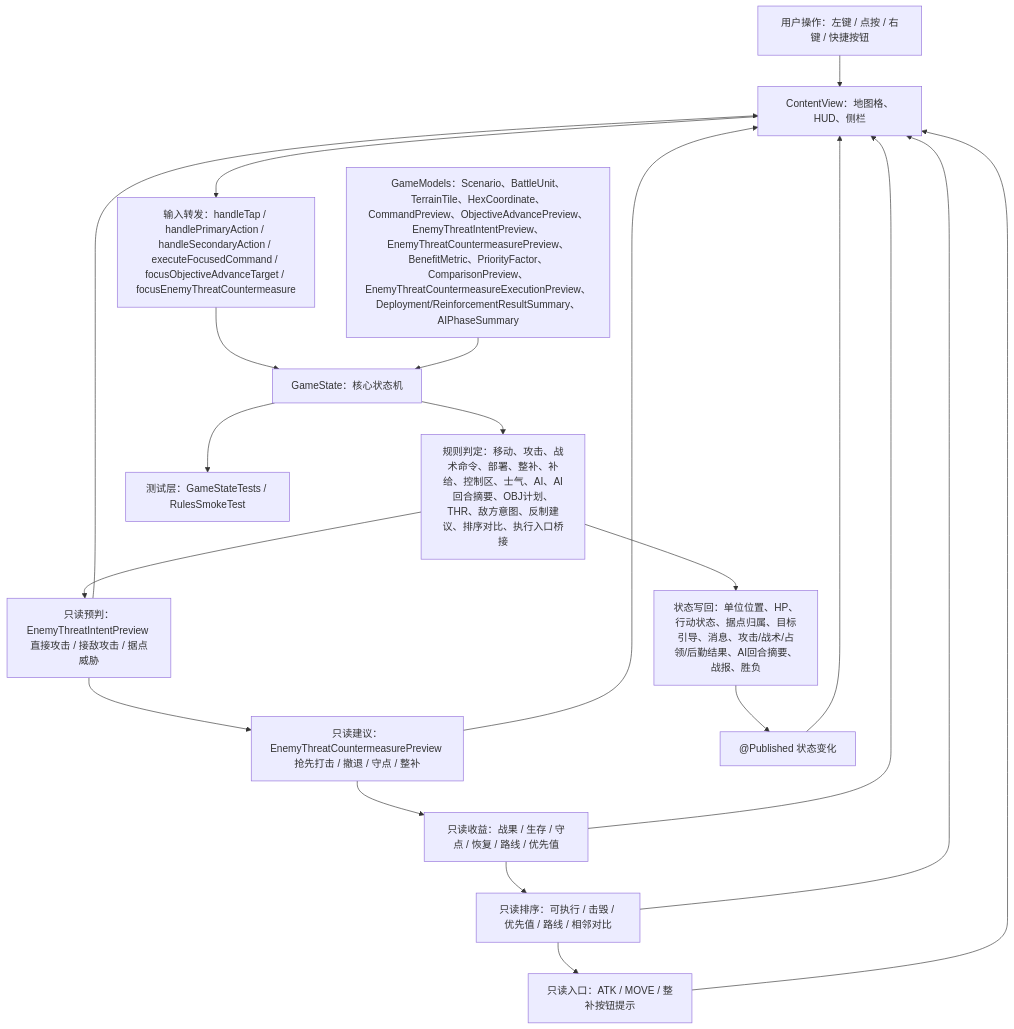
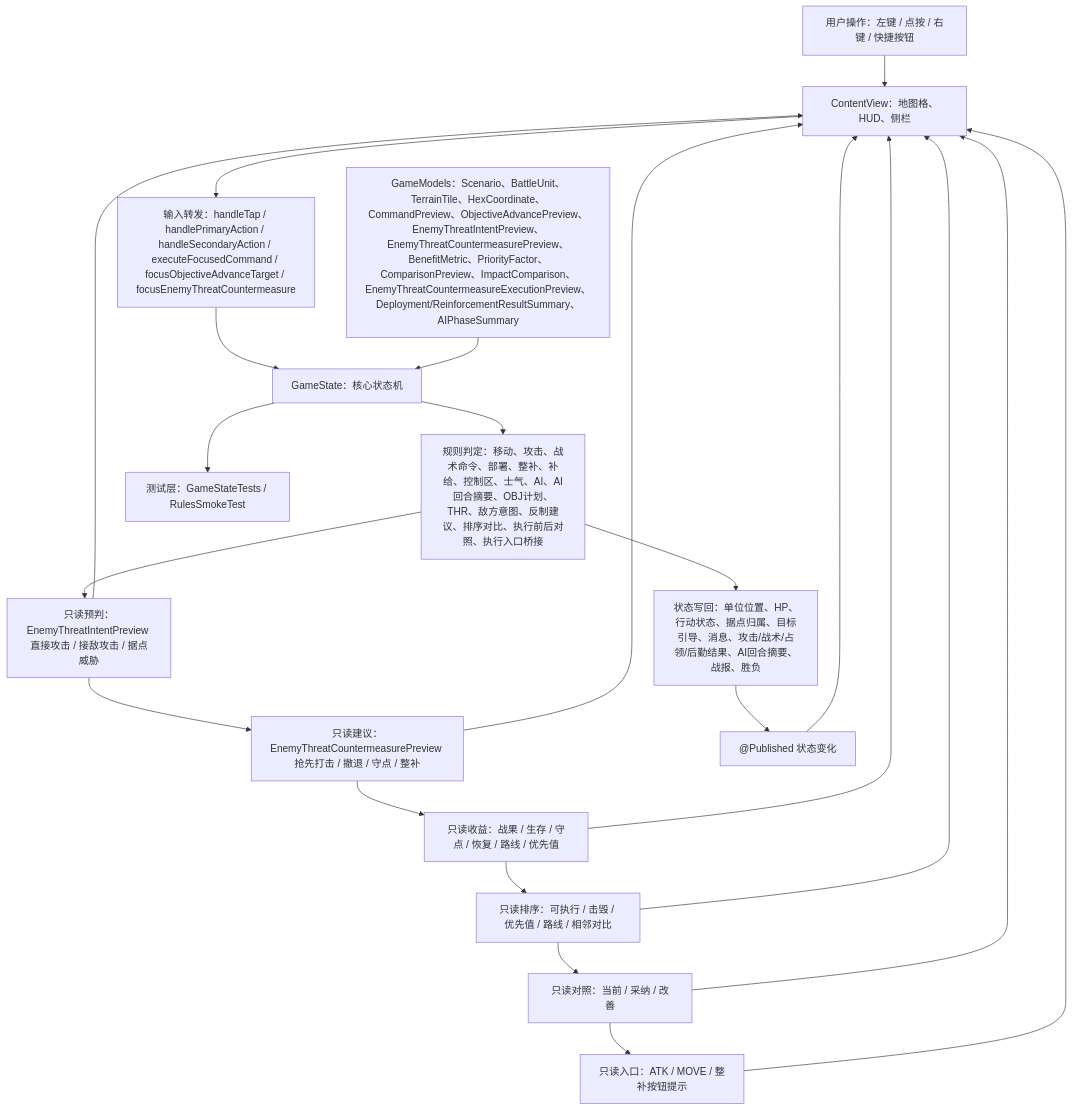
One commit to Altman-sam114/116 changed the first of 5 diagrams in md/flow/flowchart.md. Above: the diagram before and after it, drawn with Mermaid. The commit also changed other lines of this file and 10 other files, not shown here.

````diff
--- a/md/flow/flowchart.md
+++ b/md/flow/flowchart.md
@@ -9,22 +9,24 @@
 ```mermaid
 flowchart TD
   U["用户操作：左键 / 点按 / 右键 / 快捷按钮"] --> V["ContentView：地图格、HUD、侧栏"]
   V --> I["输入转发：handleTap / handlePrimaryAction / handleSecondaryAction / executeFocusedCommand / focusObjectiveAdvanceTarget / focusEnemyThreatCountermeasure"]
   I --> S["GameState：核心状态机"]
-  M["GameModels：Scenario、BattleUnit、TerrainTile、HexCoordinate、CommandPreview、ObjectiveAdvancePreview、EnemyThreatIntentPreview、EnemyThreatCountermeasurePreview、BenefitMetric、PriorityFactor、ComparisonPreview、EnemyThreatCountermeasureExecutionPreview、Deployment/ReinforcementResultSummary、AIPhaseSummary"] --> S
-  S --> R["规则判定：移动、攻击、战术命令、部署、整补、补给、控制区、士气、AI、AI回合摘要、OBJ计划、THR、敌方意图、反制建议、排序对比、执行入口桥接"]
+  M["GameModels：Scenario、BattleUnit、TerrainTile、HexCoordinate、CommandPreview、ObjectiveAdvancePreview、EnemyThreatIntentPreview、EnemyThreatCountermeasurePreview、BenefitMetric、PriorityFactor、ComparisonPreview、ImpactComparison、EnemyThreatCountermeasureExecutionPreview、Deployment/ReinforcementResultSummary、AIPhaseSummary"] --> S
+  S --> R["规则判定：移动、攻击、战术命令、部署、整补、补给、控制区、士气、AI、AI回合摘要、OBJ计划、THR、敌方意图、反制建议、排序对比、执行前后对照、执行入口桥接"]
   R --> W["状态写回：单位位置、HP、行动状态、据点归属、目标引导、消息、攻击/战术/占领/后勤结果、AI回合摘要、战报、胜负"]
   R --> EI["只读预判：EnemyThreatIntentPreview 直接攻击 / 接敌攻击 / 据点威胁"]
   EI --> EC["只读建议：EnemyThreatCountermeasurePreview 抢先打击 / 撤退 / 守点 / 整补"]
   EC --> BM["只读收益：战果 / 生存 / 守点 / 恢复 / 路线 / 优先值"]
   BM --> PC["只读排序：可执行 / 击毁 / 优先值 / 路线 / 相邻对比"]
-  PC --> EB["只读入口：ATK / MOVE / 整补按钮提示"]
+  PC --> IP["只读对照：当前 / 采纳 / 改善"]
+  IP --> EB["只读入口：ATK / MOVE / 整补按钮提示"]
   W --> P["@Published 状态变化"]
   P --> V
   EI --> V
   EC --> V
   BM --> V
   PC --> V
+  IP --> V
   EB --> V
   S --> T["测试层：GameStateTests / RulesSmokeTest"]
 ```
````
